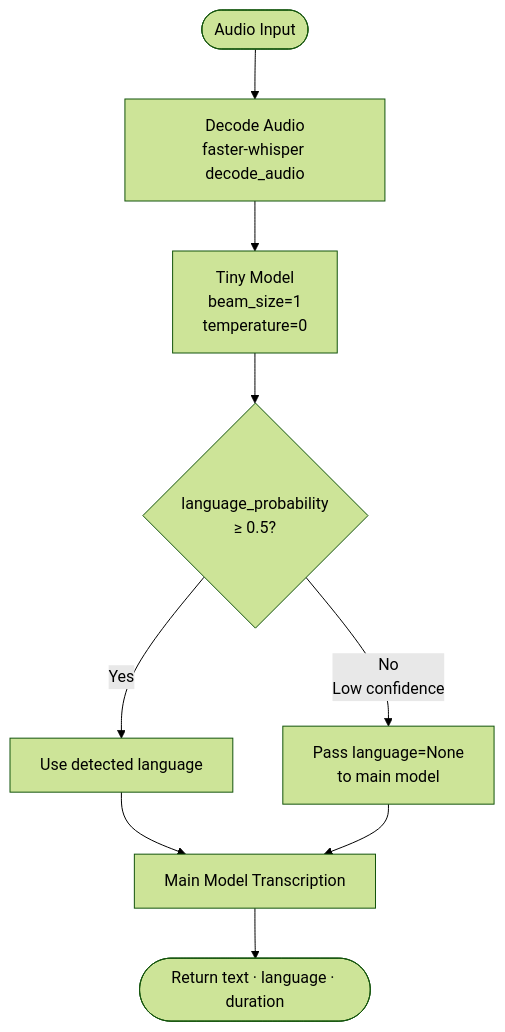
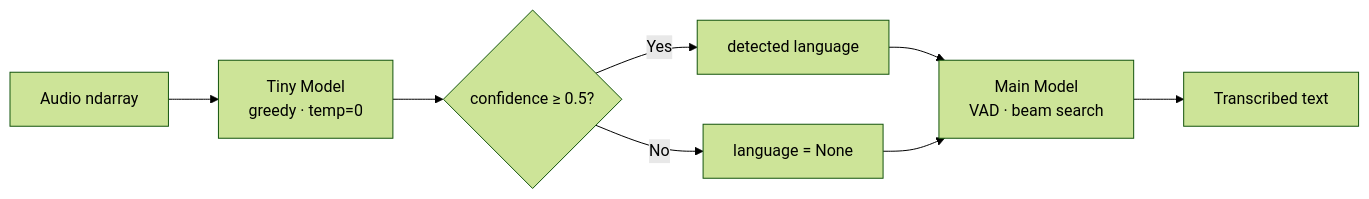
One commit to KlaiAhmed/KidsMind-temp changed the second of 3 diagrams in Services/stt/README.md. Above: the diagram before and after it, drawn with Mermaid (forest theme). The commit also changed other lines of this file and 34 other files, not shown here.

````diff
--- a/Services/stt/README.md
+++ b/Services/stt/README.md
@@ -56,17 +48,10 @@
 ```mermaid
-flowchart TD
-    A([Audio Input]) --> B[Decode Audio
-faster-whisper decode_audio]
-    B --> C[Tiny Model 
-            beam_size=1 
-            temperature=0]
-    C --> D{language_probability
-≥ 0.5?}
-    D -- Yes --> E[Use detected language]
-    D -- No
-Low confidence --> F[Pass language=None
-to main model]
-    E --> G[Main Model Transcription]
-    F --> G
-    G --> H([Return text · language · duration])
+flowchart LR
+    A[Audio ndarray] --> B[Tiny Model<br/>greedy · temp=0]
+    B --> C{confidence ≥ 0.5?}
+    C -- Yes --> D[detected language]
+    C -- No --> E[language = None]
+    D --> F[Main Model<br/>VAD · beam search]
+    E --> F
+    F --> G[Transcribed text]
 ```
````
